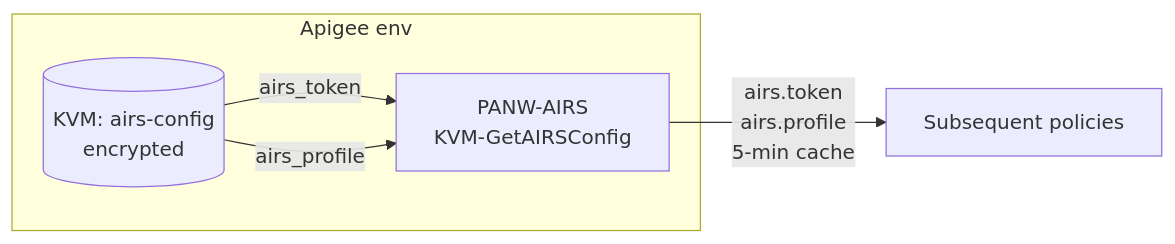
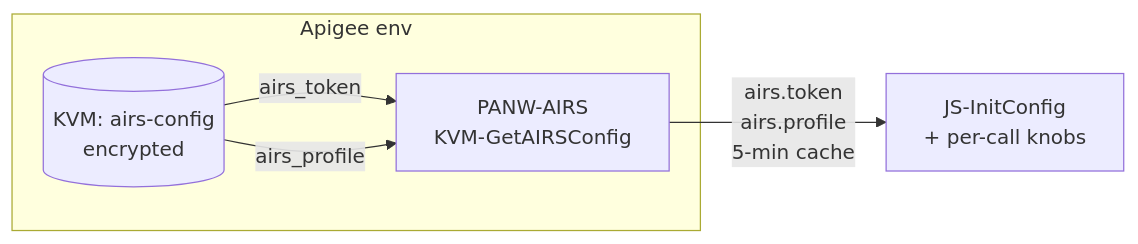
Before and after one commit to PaloAltoNetworks/prisma-airs-integrations: the fifth of 5 diagrams in Google/apigee/sharedflow/ARCHITECTURE.md, drawn with Mermaid. The commit also changed other lines of this file and 29 other files, not shown here.

````diff
--- a/Google/apigee/sharedflow/ARCHITECTURE.md
+++ b/Google/apigee/sharedflow/ARCHITECTURE.md
@@ -188,9 +219,9 @@
 ```mermaid
 flowchart LR
     subgraph Apigee env
         KVM[(KVM: airs-config<br/>encrypted)]
         KVM -->|airs_token| SF[PANW-AIRS<br/>KVM-GetAIRSConfig]
         KVM -->|airs_profile| SF
     end
-    SF -->|airs.token<br/>airs.profile<br/>5-min cache| Use[Subsequent policies]
+    SF -->|airs.token<br/>airs.profile<br/>5-min cache| Init[JS-InitConfig<br/>+ per-call knobs]
 ```
````
